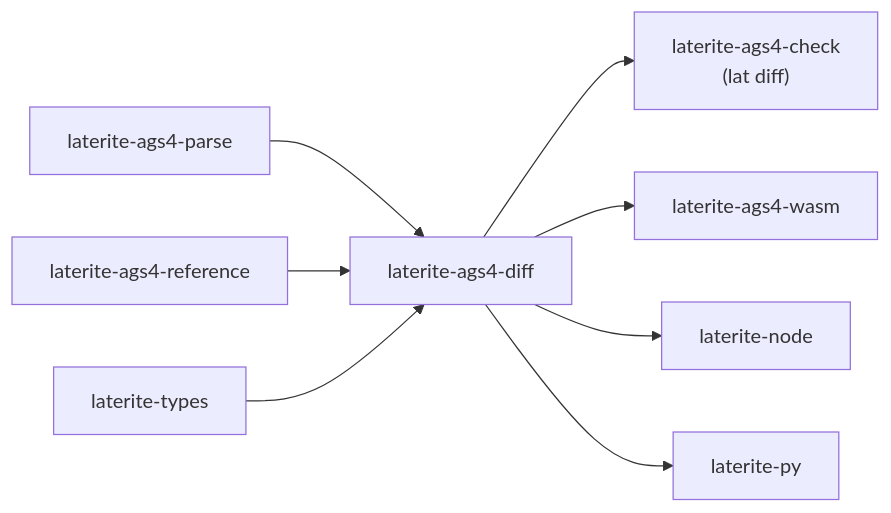
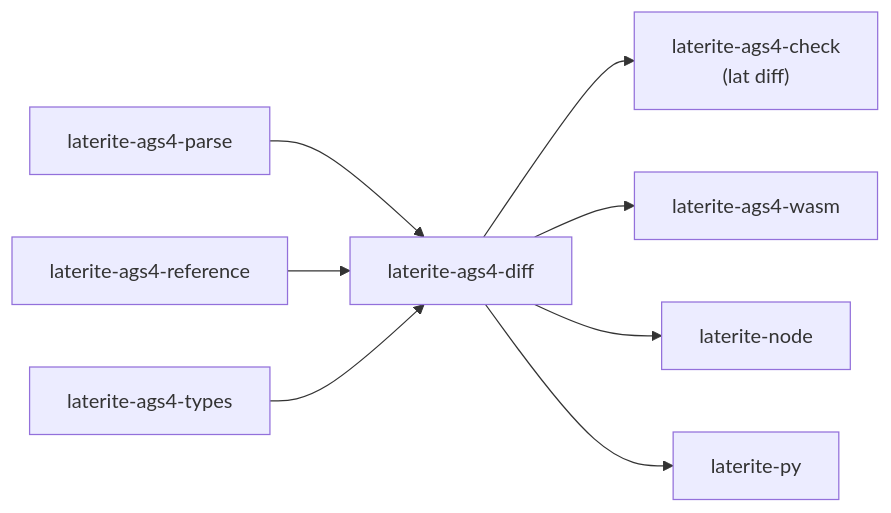
One commit to niko86/laterite changed the diagram in ags-wiki/tools/laterite-ags4-diff.md. Above: the diagram before and after it, drawn with Mermaid. The commit also changed other lines of this file and 103 other files, not shown here.

````diff
--- a/ags-wiki/tools/laterite-ags4-diff.md
+++ b/ags-wiki/tools/laterite-ags4-diff.md
@@ -63,10 +63,10 @@
 ```mermaid
 flowchart LR
   parse[laterite-ags4-parse] --> diff[laterite-ags4-diff]
   ref[laterite-ags4-reference] --> diff
-  types[laterite-types] --> diff
+  types[laterite-ags4-types] --> diff
   diff --> check["laterite-ags4-check<br/>(lat diff)"]
   diff --> wasm[laterite-ags4-wasm]
   diff --> node[laterite-node]
   diff --> py[laterite-py]
 ```
````
